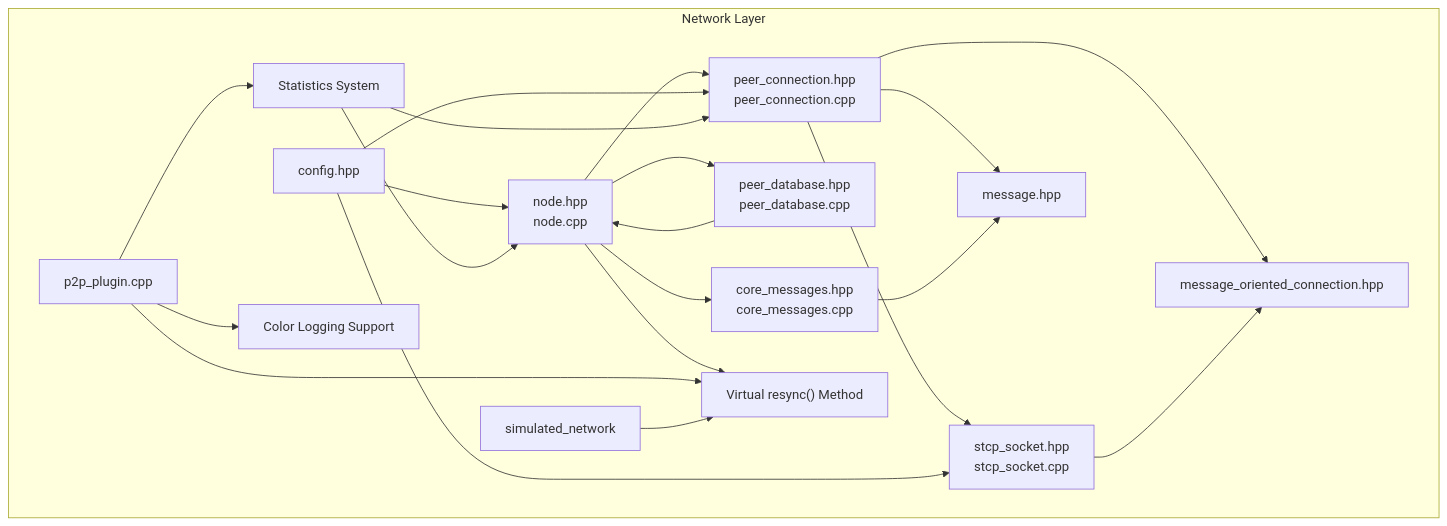
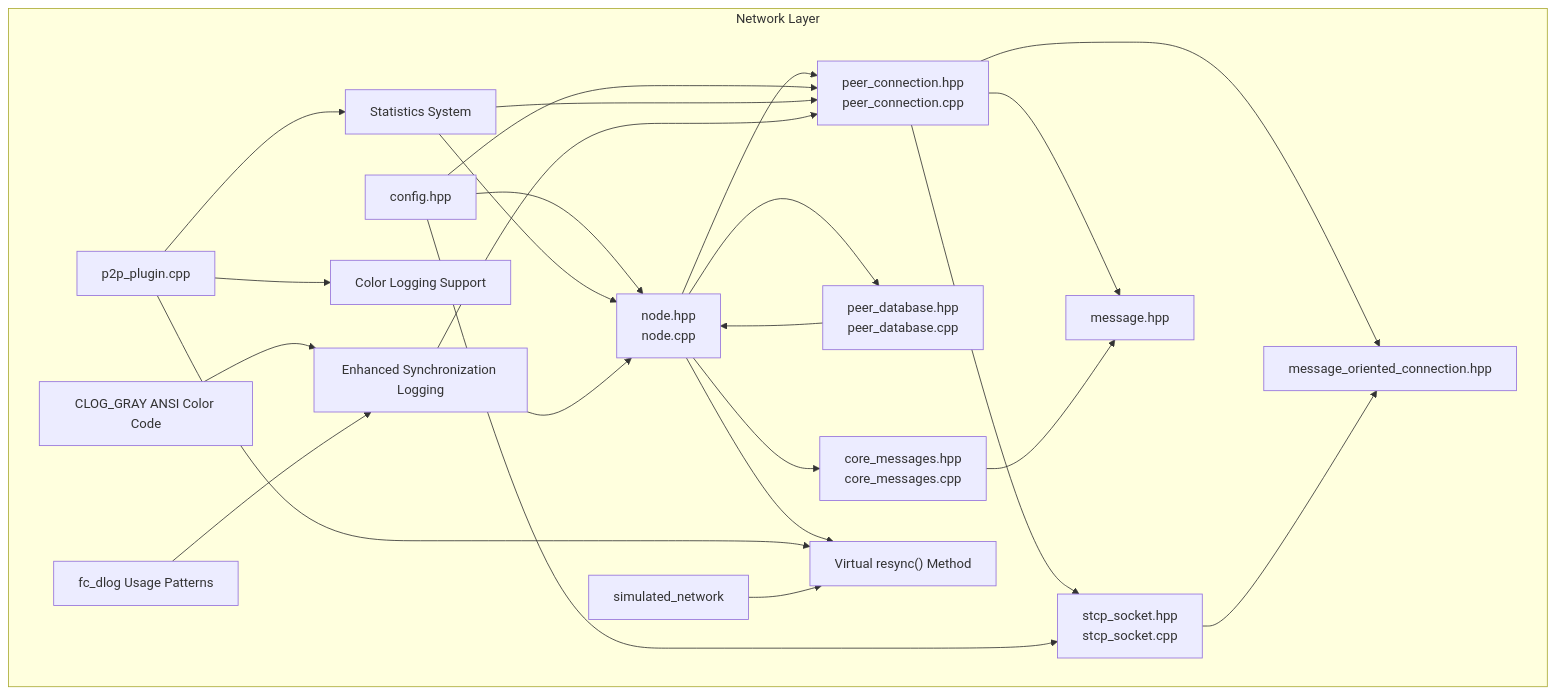
One commit to VIZ-Blockchain/viz-cpp-node changed the first of 13 diagrams in .qoder/repowiki/en/content/Architecture Overview/Core Libraries/Network Library/Network Library.md. Above: the diagram before and after it, drawn with Mermaid. The commit also changed other lines of this file and 3 other files, not shown here.

````diff
--- a/.qoder/repowiki/en/content/Architecture Overview/Core Libraries/Network Library/Network Library.md
+++ b/.qoder/repowiki/en/content/Architecture Overview/Core Libraries/Network Library/Network Library.md
@@ -63,37 +64,44 @@
 ```mermaid
 graph TB
 subgraph "Network Layer"
 N["node.hpp<br/>node.cpp"]
 PC["peer_connection.hpp<br/>peer_connection.cpp"]
 MSG["message.hpp"]
 CM["core_messages.hpp<br/>core_messages.cpp"]
 STCP["stcp_socket.hpp<br/>stcp_socket.cpp"]
 PD["peer_database.hpp<br/>peer_database.cpp"]
 MOC["message_oriented_connection.hpp"]
 CFG["config.hpp"]
 STATS["Statistics System"]
 P2P["p2p_plugin.cpp"]
 RESYNC["Virtual resync() Method"]
 SIMNET["simulated_network"]
 COLOR["Color Logging Support"]
+SYNCLOG["Enhanced Synchronization Logging"]
+GRAY["CLOG_GRAY ANSI Color Code"]
+FCDLOG["fc_dlog Usage Patterns"]
 end
 N --> PC
 N --> PD
 N --> CM
 N --> RESYNC
 PC --> MOC
 PC --> STCP
 PC --> MSG
 CM --> MSG
 STCP --> MOC
 PD --> N
 CFG --> N
 CFG --> PC
 CFG --> STCP
 STATS --> N
 STATS --> PC
 P2P --> STATS
 P2P --> RESYNC
 P2P --> COLOR
 SIMNET --> RESYNC
+SYNCLOG --> N
+SYNCLOG --> PC
+GRAY --> SYNCLOG
+FCDLOG --> SYNCLOG
 ```
````
